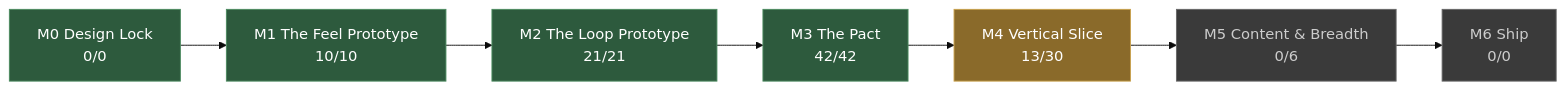
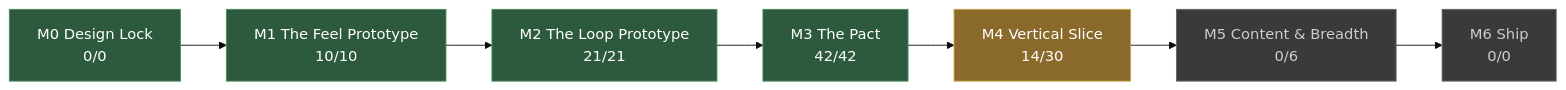
One commit to JoshuaGessner/she changed the diagram in docs/STATUS.md. Above: the diagram before and after it, drawn with Mermaid (base theme). The commit also changed other lines of this file and 34 other files, not shown here.

````diff
--- a/docs/STATUS.md
+++ b/docs/STATUS.md
@@ -13,19 +13,19 @@
 ```mermaid
 flowchart LR
   M0["M0 Design Lock<br/>0/0"]:::passed
   M1["M1 The Feel Prototype<br/>10/10"]:::passed
   M0 --> M1
   M2["M2 The Loop Prototype<br/>21/21"]:::passed
   M1 --> M2
   M3["M3 The Pact<br/>42/42"]:::passed
   M2 --> M3
-  M4["M4 Vertical Slice<br/>13/30"]:::current
+  M4["M4 Vertical Slice<br/>14/30"]:::current
   M3 --> M4
   M5["M5 Content & Breadth<br/>0/6"]:::ahead
   M4 --> M5
   M6["M6 Ship<br/>0/0"]:::ahead
   M5 --> M6
   classDef passed fill:#2d5a3d,stroke:#4a8a5f,color:#fff
   classDef current fill:#8a6a2a,stroke:#c8a04a,color:#fff
   classDef ahead fill:#3a3a3a,stroke:#666,color:#ccc
 ```
````
